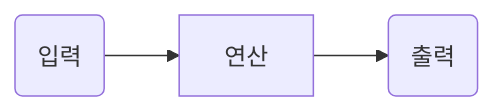
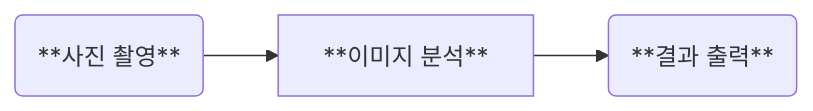
Before and after one commit to 201710808/-p: the diagram in Readme.md, drawn with Mermaid.

````diff
--- a/Readme.md
+++ b/Readme.md
@@ -3,5 +3,5 @@
 ```mermaid
 graph LR
-A(입력)-->B[연산]
-B-->C(출력)
+A(**사진 촬영**)-->B[**이미지 분석**]
+B-->C(**결과 출력**)
 ```
````
